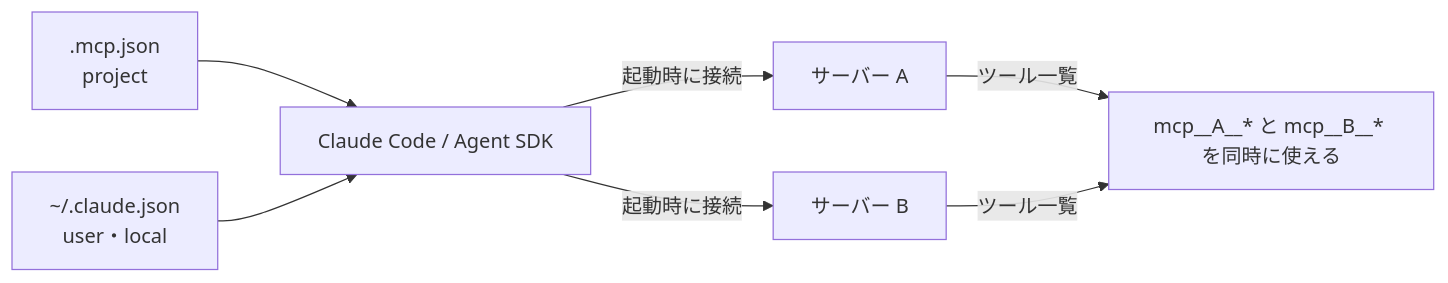
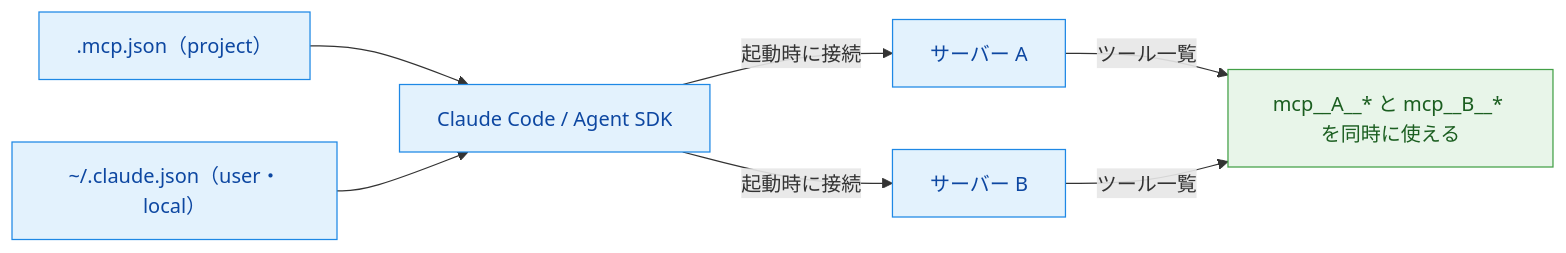
The diagram in ccaf/notes/02-tool-design-mcp/mcp-server-integration.md (yuya-take/yuya-exam-notes), drawn with Mermaid before and after one commit. The commit also changed other lines of this file and 50 other files, not shown here.

````diff
--- a/ccaf/notes/02-tool-design-mcp/mcp-server-integration.md
+++ b/ccaf/notes/02-tool-design-mcp/mcp-server-integration.md
@@ -34,7 +29,11 @@
 ```mermaid
 flowchart LR
-  P[.mcp.json<br/>project] --> C[Claude Code / Agent SDK]
-  U[~/.claude.json<br/>user・local] --> C
+  P[".mcp.json（project）"] --> C["Claude Code / Agent SDK"]
+  U["~/.claude.json（user・local）"] --> C
   C -->|起動時に接続| S1[サーバー A] & S2[サーバー B]
-  S1 & S2 -->|ツール一覧| T[mcp__A__* と mcp__B__* を同時に使える]
+  S1 & S2 -->|ツール一覧| T["mcp__A__* と mcp__B__* を同時に使える"]
+  classDef run fill:#e3f2fd,stroke:#1e88e5,color:#0d47a1
+  classDef done fill:#e8f5e9,stroke:#43a047,color:#1b5e20
+  class P,U,C,S1,S2 run
+  class T done
 ```
````
